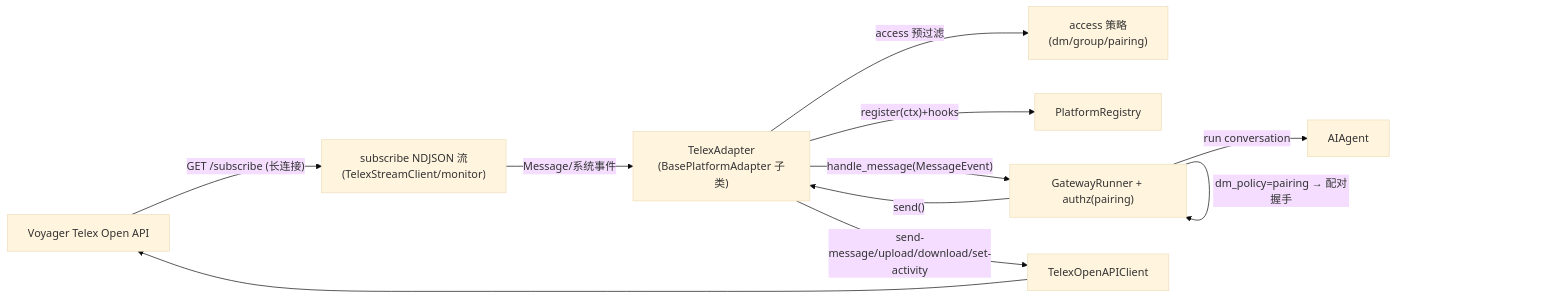
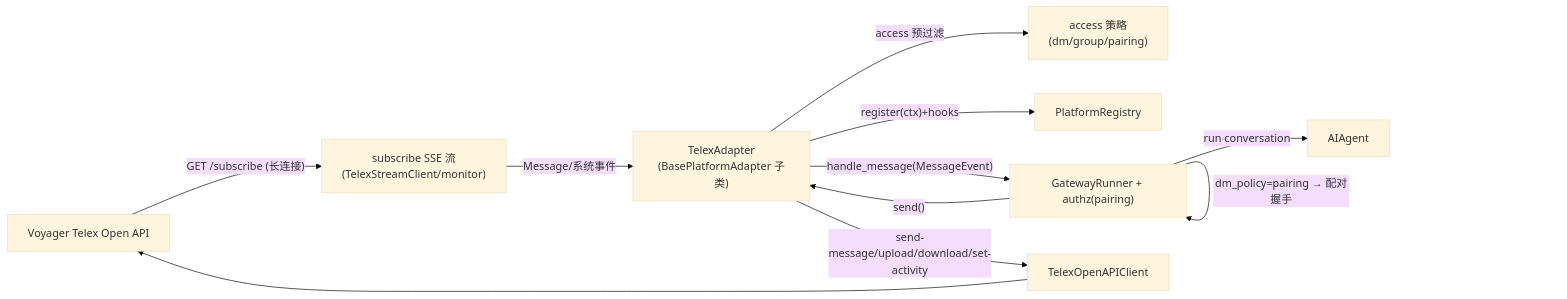
The diagram in docs/spec/td_hermes-telex-plugin_zh.md (arxeme/hermes-telex), drawn with Mermaid (base theme) before and after one commit. The commit also changed other lines of this file and 19 other files, not shown here.

````diff
--- a/docs/spec/td_hermes-telex-plugin_zh.md
+++ b/docs/spec/td_hermes-telex-plugin_zh.md
@@ -56,22 +56,22 @@
 ```mermaid
 flowchart LR
   Telex["Voyager Telex Open API"]
-  Stream["subscribe NDJSON 流\n(TelexStreamClient/monitor)"]
+  Stream["subscribe SSE 流\n(TelexStreamClient/monitor)"]
   Adapter["TelexAdapter\n(BasePlatformAdapter 子类)"]
   Access["access 策略\n(dm/group/pairing)"]
   Registry["PlatformRegistry"]
   Gateway["GatewayRunner + authz(pairing)"]
   Agent["AIAgent"]
   Client["TelexOpenAPIClient"]
 
   Telex -- "GET /subscribe (长连接)" --> Stream
   Stream -- "Message/系统事件" --> Adapter
   Adapter -- "access 预过滤" --> Access
   Adapter -- "register(ctx)+hooks" --> Registry
   Adapter -- "handle_message(MessageEvent)" --> Gateway
   Gateway -- "dm_policy=pairing → 配对握手" --> Gateway
   Gateway -- "run conversation" --> Agent
   Gateway -- "send()" --> Adapter
   Adapter -- "send-message/upload/download/set-activity" --> Client
   Client --> Telex
 ```
````
